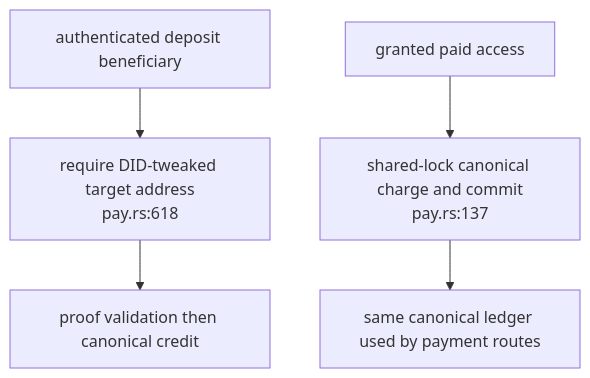
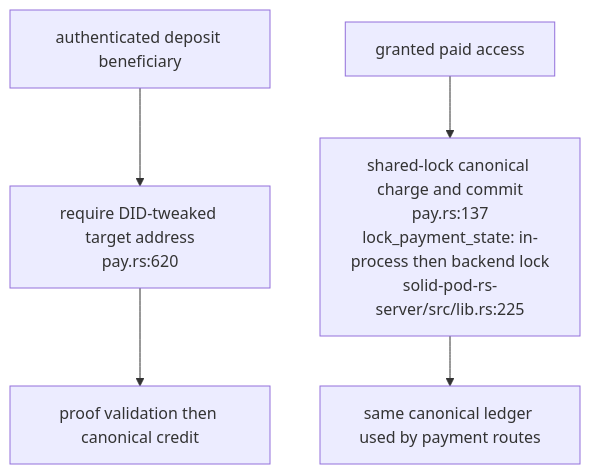
Before and after one commit to DreamLab-AI/VisionFlow: the fifth of 5 diagrams in docs/diagrams/solid-pod-rs/15-authority-and-payment-repairs.md, drawn with Mermaid. The commit also changed other lines of this file and 2 other files, not shown here.

First line of the commit message:
docs(diagrams): SP-07, SP-10, SP-15 re-verified at solid-pod-rs a28a748

````diff
--- a/docs/diagrams/solid-pod-rs/15-authority-and-payment-repairs.md
+++ b/docs/diagrams/solid-pod-rs/15-authority-and-payment-repairs.md
@@ -96,7 +97,7 @@
 ```mermaid
 flowchart TB
-    DID["authenticated deposit beneficiary"] --> TWEAK["require DID-tweaked target address<br/>pay.rs:618"]
+    DID["authenticated deposit beneficiary"] --> TWEAK["require DID-tweaked target address<br/>pay.rs:620"]
     TWEAK --> CREDIT["proof validation then canonical credit"]
-    WAC["granted paid access"] --> CHARGE["shared-lock canonical charge and commit<br/>pay.rs:137"]
+    WAC["granted paid access"] --> CHARGE["shared-lock canonical charge and commit<br/>pay.rs:137<br/>lock_payment_state: in-process then backend lock<br/>solid-pod-rs-server/src/lib.rs:225"]
     CHARGE --> LEDGER["same canonical ledger used by payment routes"]
 ```
````
